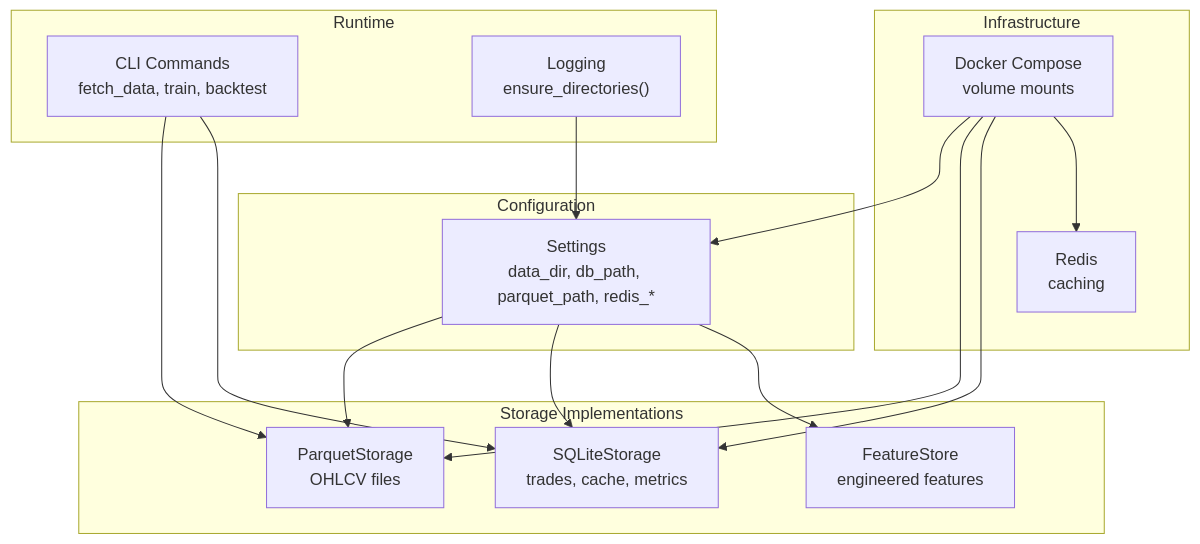
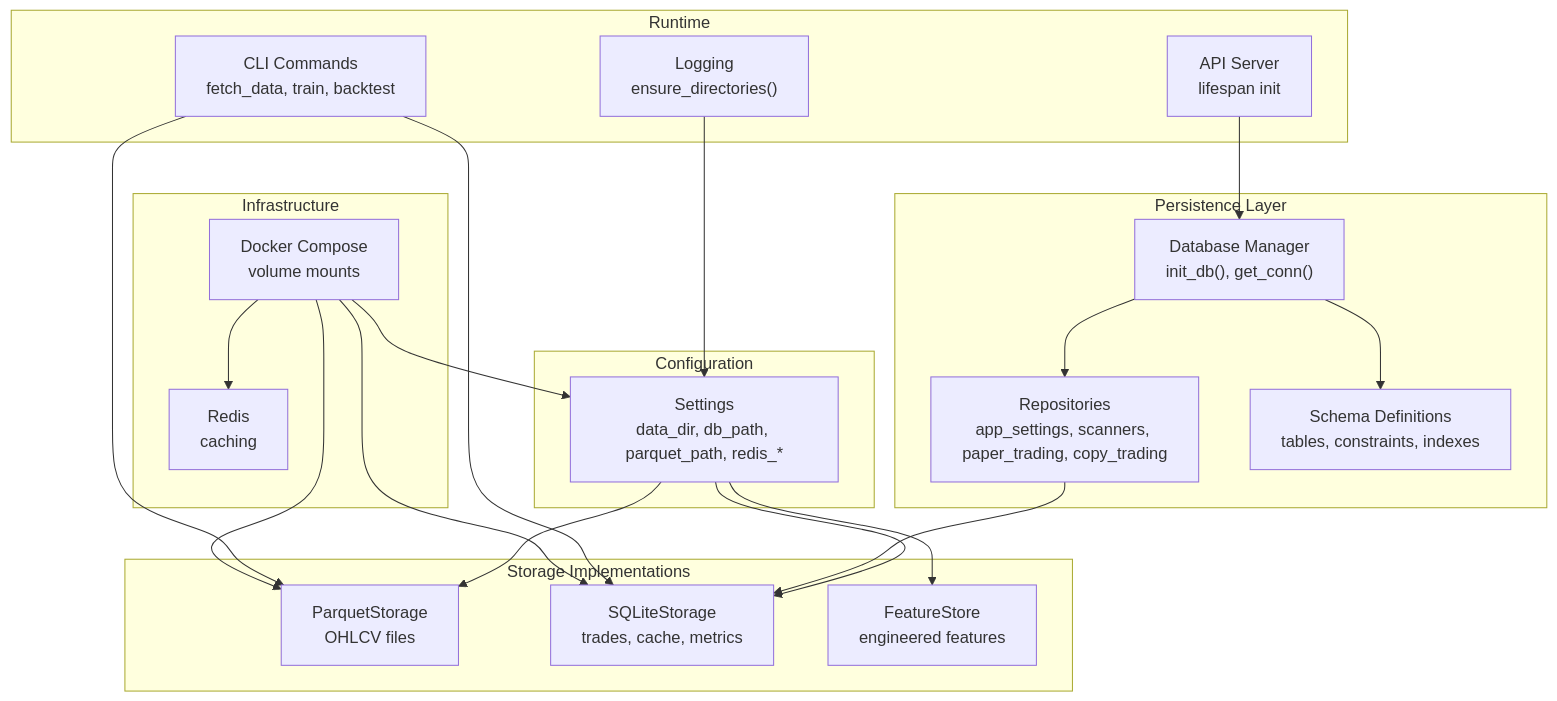
One commit to cavraeg-eng/Trading-App changed the first of 10 diagrams in .qoder/repowiki/en/content/Configuration Management/Data Storage Configuration.md. Above: the diagram before and after it, drawn with Mermaid. The commit also changed other lines of this file and 138 other files, not shown here.

First line of the commit message:
feat(LiveTrading): add MT5-style chart overlay for entry/SL/TP levels

````diff
--- a/.qoder/repowiki/en/content/Configuration Management/Data Storage Configuration.md
+++ b/.qoder/repowiki/en/content/Configuration Management/Data Storage Configuration.md
@@ -37,29 +51,39 @@
 ```mermaid
 graph TB
 subgraph "Configuration"
 S["Settings<br/>data_dir, db_path, parquet_path, redis_*"]
 end
 subgraph "Storage Implementations"
 PS["ParquetStorage<br/>OHLCV files"]
 SS["SQLiteStorage<br/>trades, cache, metrics"]
 FS["FeatureStore<br/>engineered features"]
 end
+subgraph "Persistence Layer"
+DB["Database Manager<br/>init_db(), get_conn()"]
+REPO["Repositories<br/>app_settings, scanners, paper_trading, copy_trading"]
+SCHEMA["Schema Definitions<br/>tables, constraints, indexes"]
+end
 subgraph "Runtime"
 M["CLI Commands<br/>fetch_data, train, backtest"]
 L["Logging<br/>ensure_directories()"]
+API["API Server<br/>lifespan init"]
 end
 subgraph "Infrastructure"
 DC["Docker Compose<br/>volume mounts"]
 R["Redis<br/>caching"]
 end
 S --> PS
 S --> SS
 S --> FS
+DB --> REPO
+DB --> SCHEMA
+REPO --> SS
 M --> PS
 M --> SS
 L --> S
+API --> DB
 DC --> S
 DC --> PS
 DC --> SS
 DC --> R
 ```
````
